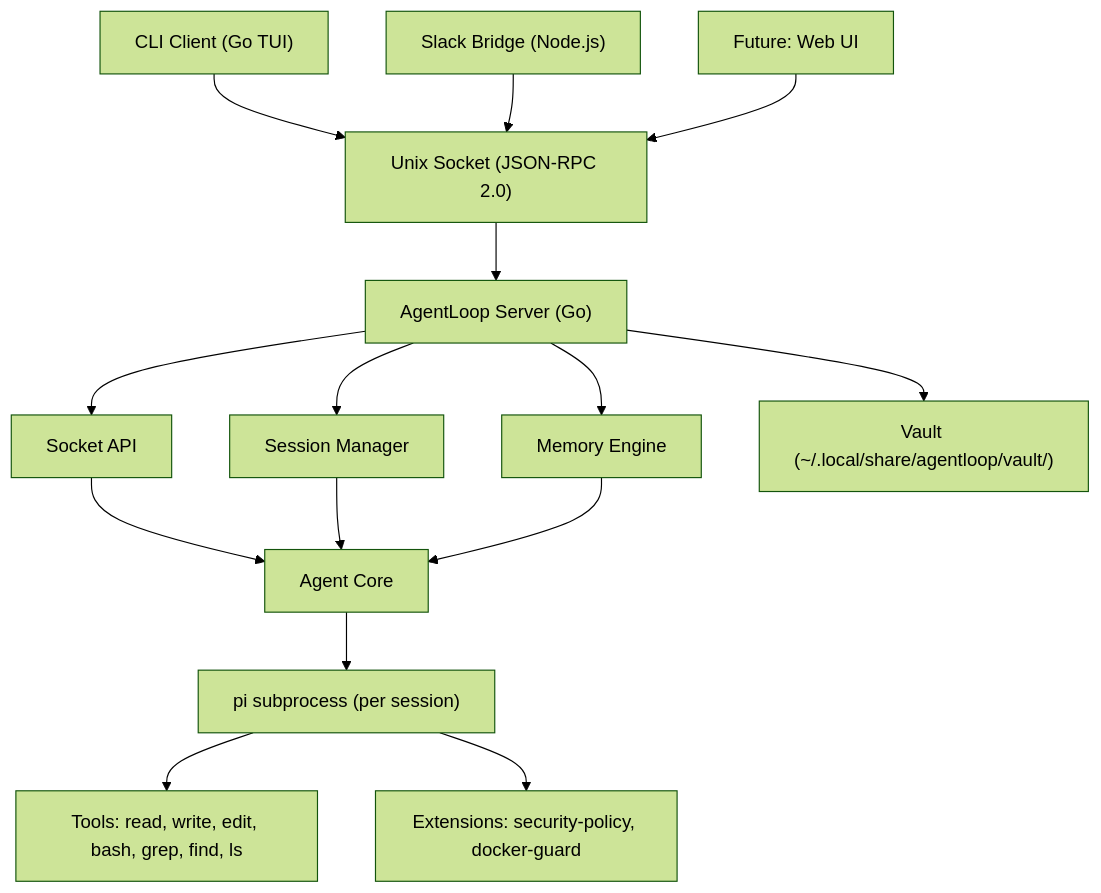
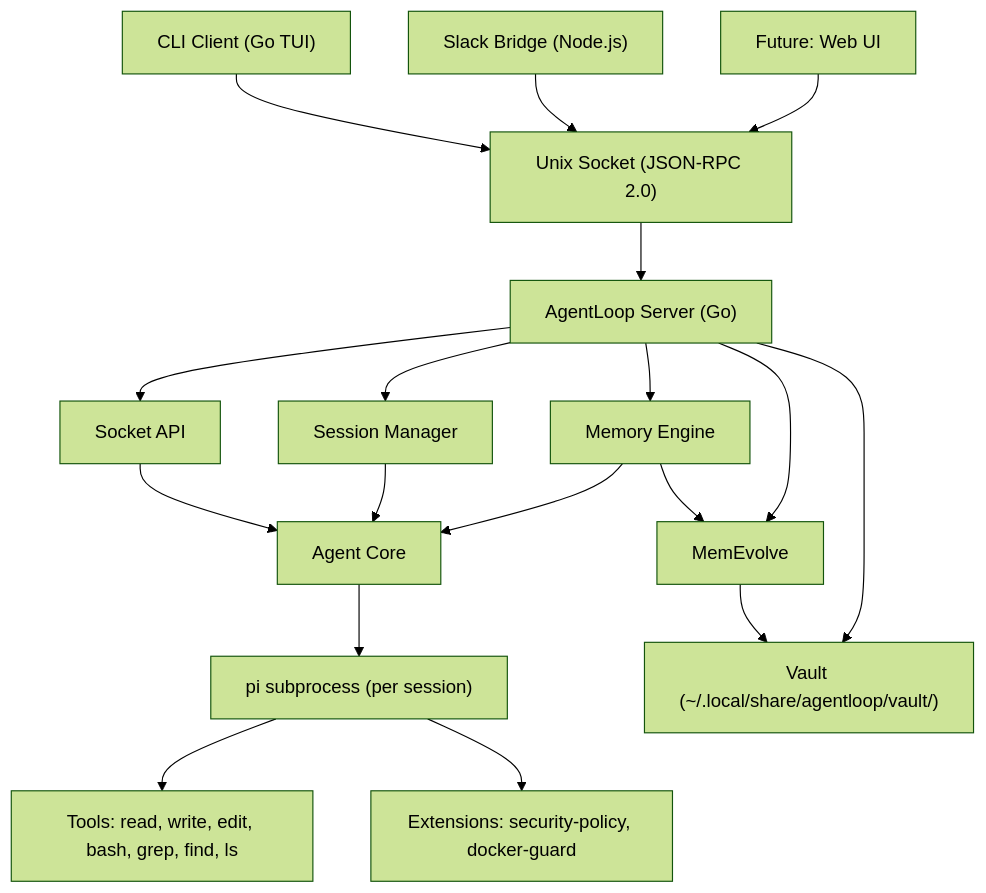
One commit to MarcoMruz/agentloop-docs changed the diagram in src/content/docs/getting-started/overview.mdx. Above: the diagram before and after it, drawn with Mermaid (forest theme). The commit also changed other lines of this file, not shown here.

Commit message:
add memevolve to getting started

````diff
--- a/src/content/docs/getting-started/overview.mdx
+++ b/src/content/docs/getting-started/overview.mdx
@@ -29,17 +30,20 @@
 ```mermaid
 graph TD
     CLI["CLI Client (Go TUI)"] --> Socket["Unix Socket (JSON-RPC 2.0)"]
     Slack["Slack Bridge (Node.js)"] --> Socket
     Web["Future: Web UI"] --> Socket
     Socket --> Server["AgentLoop Server (Go)"]
     Server --> API["Socket API"]
     Server --> SM["Session Manager"]
     Server --> Mem["Memory Engine"]
+    Server --> ME["MemEvolve"]
     API --> Core["Agent Core"]
     SM --> Core
     Mem --> Core
+    Mem --> ME
+    ME --> Vault
     Core --> Pi["pi subprocess (per session)"]
     Pi --> Tools["Tools: read, write, edit, bash, grep, find, ls"]
     Pi --> Ext["Extensions: security-policy, docker-guard"]
     Server --> Vault["Vault (~/.local/share/agentloop/vault/)"]
 ```
````
